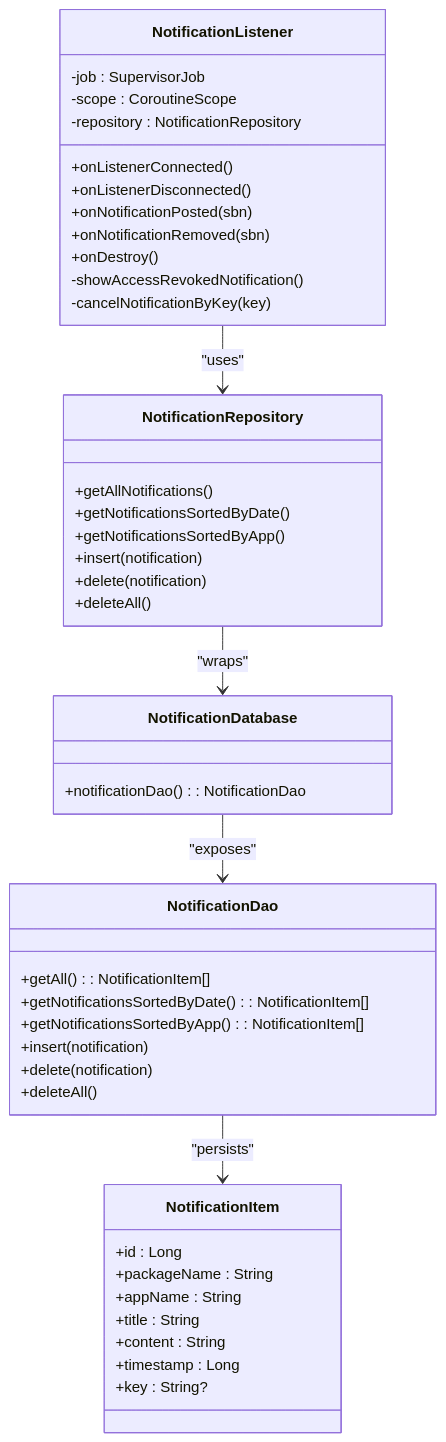
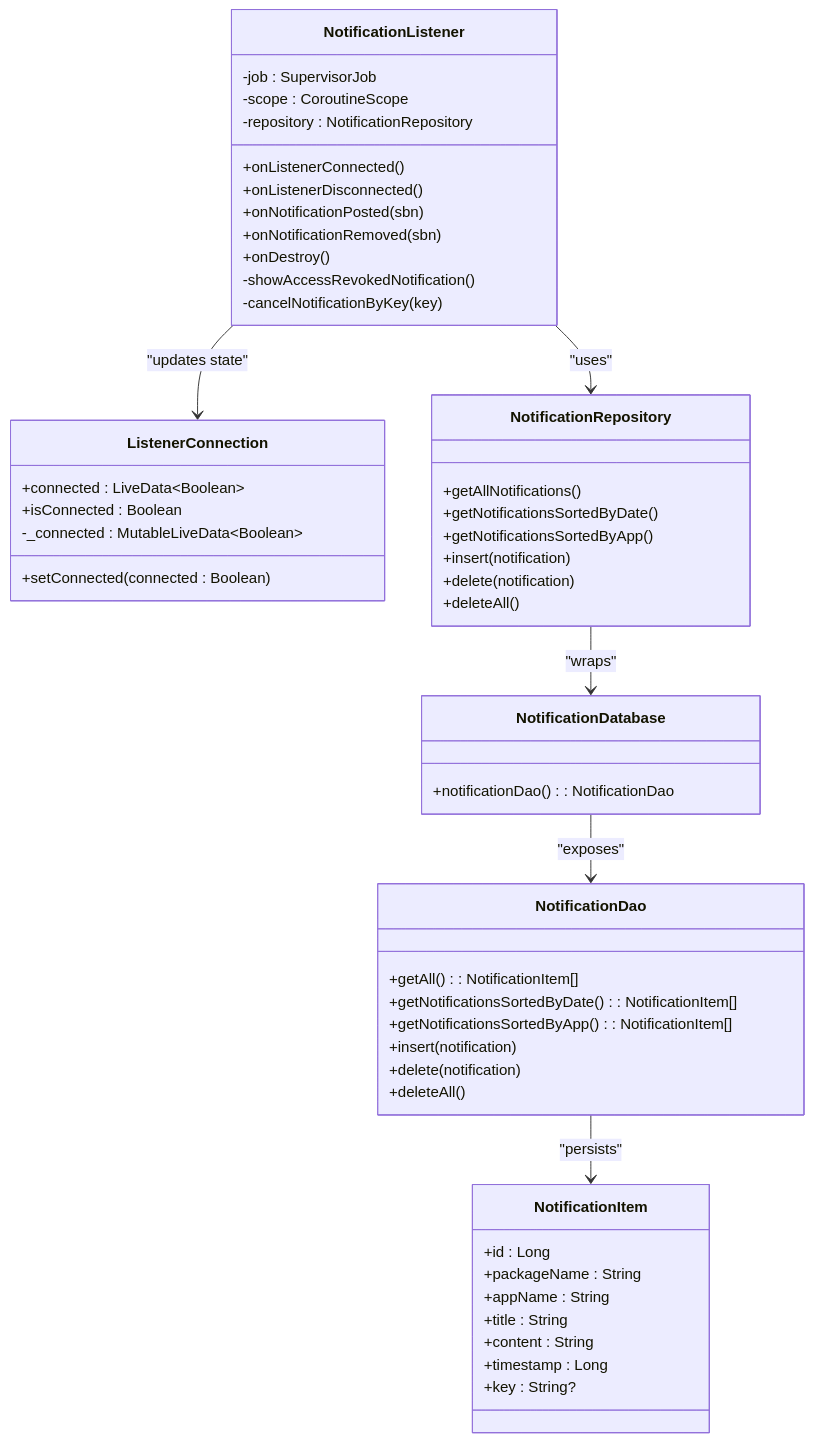
The third of 9 diagrams in .qoder/repowiki/en/content/API Reference/Service API.md (caldefoc/NotificationLog), drawn with Mermaid before and after one commit. The commit also changed other lines of this file and 13 other files, not shown here.

````diff
--- a/.qoder/repowiki/en/content/API Reference/Service API.md
+++ b/.qoder/repowiki/en/content/API Reference/Service API.md
@@ -158,47 +187,54 @@
 ```mermaid
 classDiagram
 class NotificationListener {
 +onListenerConnected()
 +onListenerDisconnected()
 +onNotificationPosted(sbn)
 +onNotificationRemoved(sbn)
 +onDestroy()
 -showAccessRevokedNotification()
 -cancelNotificationByKey(key)
 -job : SupervisorJob
 -scope : CoroutineScope
 -repository : NotificationRepository
+}
+class ListenerConnection {
++connected : LiveData~Boolean~
++isConnected : Boolean
++setConnected(connected : Boolean)
+-_connected : MutableLiveData~Boolean~
 }
 class NotificationRepository {
 +getAllNotifications()
 +getNotificationsSortedByDate()
 +getNotificationsSortedByApp()
 +insert(notification)
 +delete(notification)
 +deleteAll()
 }
 class NotificationDatabase {
 +notificationDao() : NotificationDao
 }
 class NotificationDao {
 +getAll() : NotificationItem[]
 +getNotificationsSortedByDate() : NotificationItem[]
 +getNotificationsSortedByApp() : NotificationItem[]
 +insert(notification)
 +delete(notification)
 +deleteAll()
 }
 class NotificationItem {
 +id : Long
 +packageName : String
 +appName : String
 +title : String
 +content : String
 +timestamp : Long
 +key : String?
 }
 NotificationListener --> NotificationRepository : "uses"
+NotificationListener --> ListenerConnection : "updates state"
 NotificationRepository --> NotificationDatabase : "wraps"
 NotificationDatabase --> NotificationDao : "exposes"
 NotificationDao --> NotificationItem : "persists"
 ```
````
